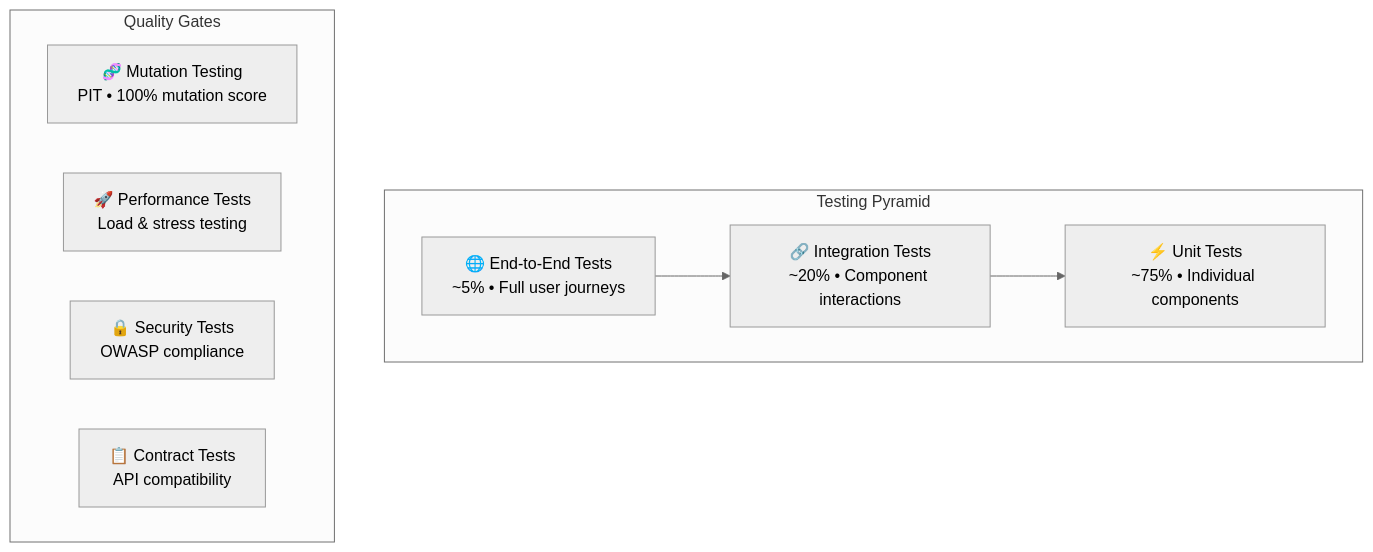
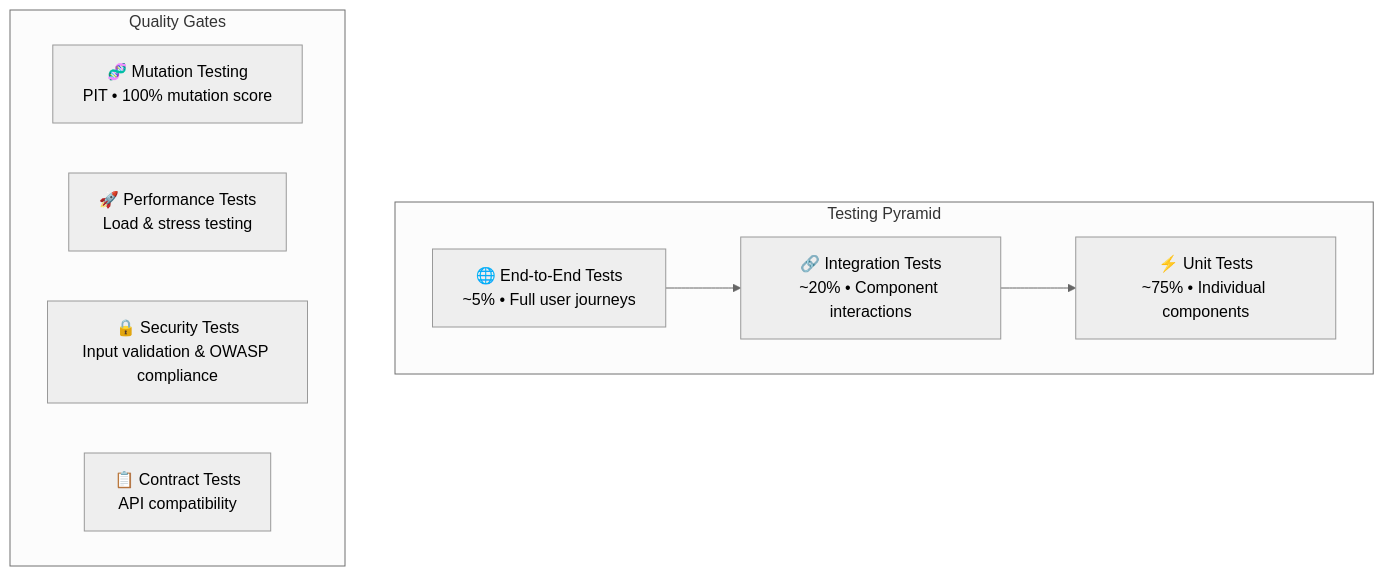
Before and after one commit to thiago2santos/wallet-service: the diagram in docs/testing.md, drawn with Mermaid (neutral theme). The commit also changed other lines of this file and 25 other files, not shown here.

````diff
--- a/docs/testing.md
+++ b/docs/testing.md
@@ -15,18 +15,18 @@
 ```mermaid
 graph TB
     subgraph "Testing Pyramid"
         E2E["🌐 End-to-End Tests<br/>~5% • Full user journeys"]
         INTEGRATION["🔗 Integration Tests<br/>~20% • Component interactions"]
         UNIT["⚡ Unit Tests<br/>~75% • Individual components"]
     end
     
     subgraph "Quality Gates"
         MUTATION["🧬 Mutation Testing<br/>PIT • 100% mutation score"]
         PERFORMANCE["🚀 Performance Tests<br/>Load & stress testing"]
-        SECURITY["🔒 Security Tests<br/>OWASP compliance"]
+        SECURITY["🔒 Security Tests<br/>Input validation & OWASP compliance"]
         CONTRACT["📋 Contract Tests<br/>API compatibility"]
     end
     
     E2E --> INTEGRATION
     INTEGRATION --> UNIT
 ```
````
